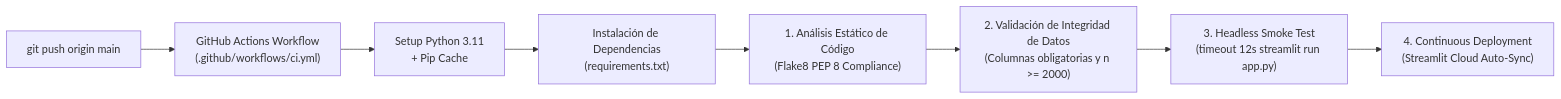
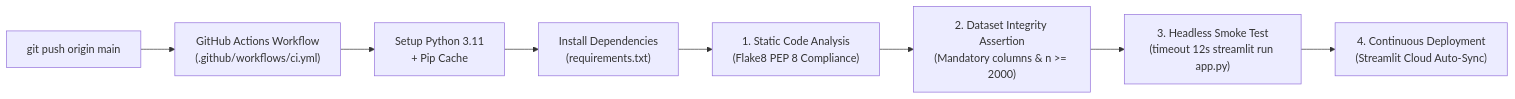
One commit to FabrizioPerezPeralta/Chancay-vs.-Callao-Interactive-Maritime-Logistics-Explorer-with-Python-Streamlit-Plotly changed the fifth of 5 diagrams in README.md. Above: the diagram before and after it, drawn with Mermaid. The commit also changed other lines of this file and 2 other files, not shown here.

````diff
--- a/README.md
+++ b/README.md
@@ -277,10 +275,10 @@
 ```mermaid
 flowchart LR
     Push["git push origin main"] --> Trigger["GitHub Actions Workflow<br/>(.github/workflows/ci.yml)"]
     Trigger --> Setup["Setup Python 3.11<br/>+ Pip Cache"]
-    Setup --> Deps["Instalación de Dependencias<br/>(requirements.txt)"]
-    Deps --> Lint["1. Análisis Estático de Código<br/>(Flake8 PEP 8 Compliance)"]
-    Lint --> Schema["2. Validación de Integridad de Datos<br/>(Columnas obligatorias y n >= 2000)"]
+    Setup --> Deps["Install Dependencies<br/>(requirements.txt)"]
+    Deps --> Lint["1. Static Code Analysis<br/>(Flake8 PEP 8 Compliance)"]
+    Lint --> Schema["2. Dataset Integrity Assertion<br/>(Mandatory columns & n >= 2000)"]
     Schema --> Smoke["3. Headless Smoke Test<br/>(timeout 12s streamlit run app.py)"]
     Smoke --> Deploy["4. Continuous Deployment<br/>(Streamlit Cloud Auto-Sync)"]
 ```
````
